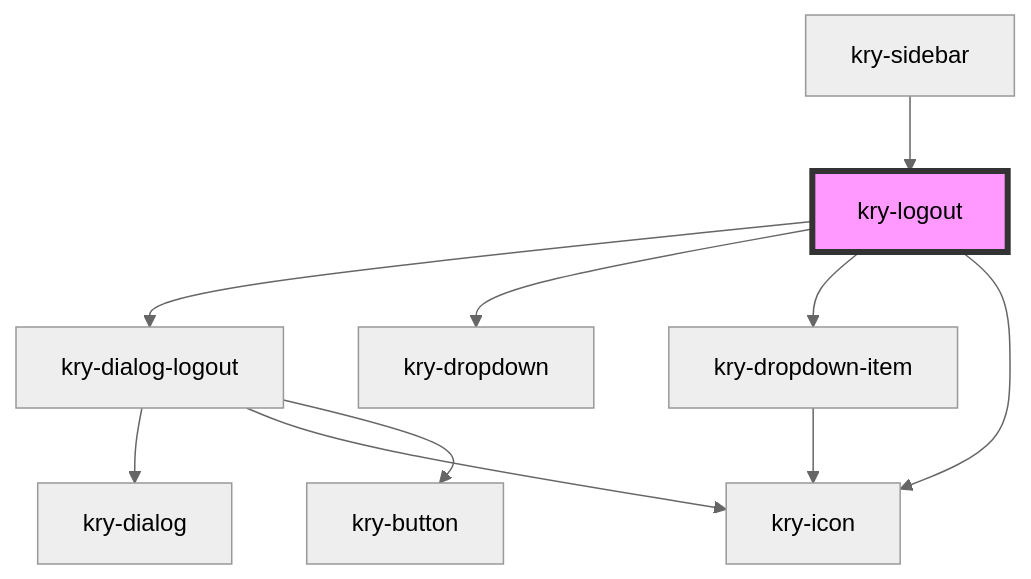
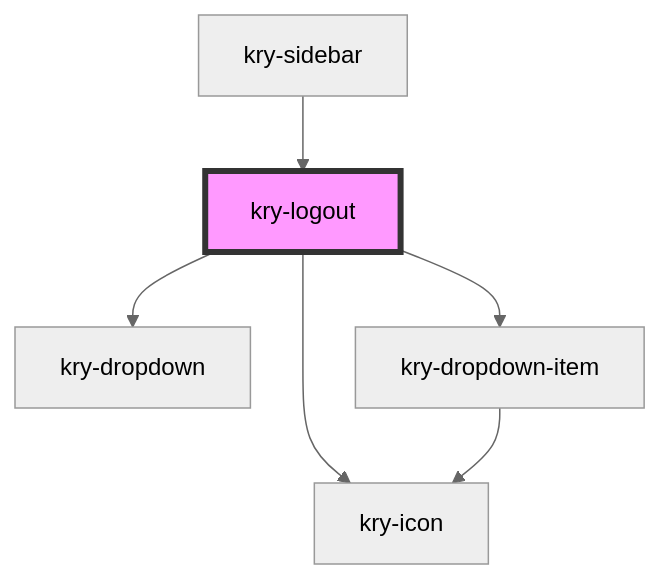
One commit to nathan2slime/spacekrypton-legacy changed the diagram in libs/core/src/composites/logout/readme.md. Above: the diagram before and after it, drawn with Mermaid (neutral theme). The commit also changed other lines of this file and 57 other files, not shown here.

````diff
--- a/libs/core/src/composites/logout/readme.md
+++ b/libs/core/src/composites/logout/readme.md
@@ -37,13 +37,9 @@
 ```mermaid
 graph TD;
-  kry-logout --> kry-dialog-logout
   kry-logout --> kry-dropdown
   kry-logout --> kry-dropdown-item
   kry-logout --> kry-icon
-  kry-dialog-logout --> kry-dialog
-  kry-dialog-logout --> kry-icon
-  kry-dialog-logout --> kry-button
   kry-dropdown-item --> kry-icon
   kry-sidebar --> kry-logout
   style kry-logout fill:#f9f,stroke:#333,stroke-width:4px
 ```
````
